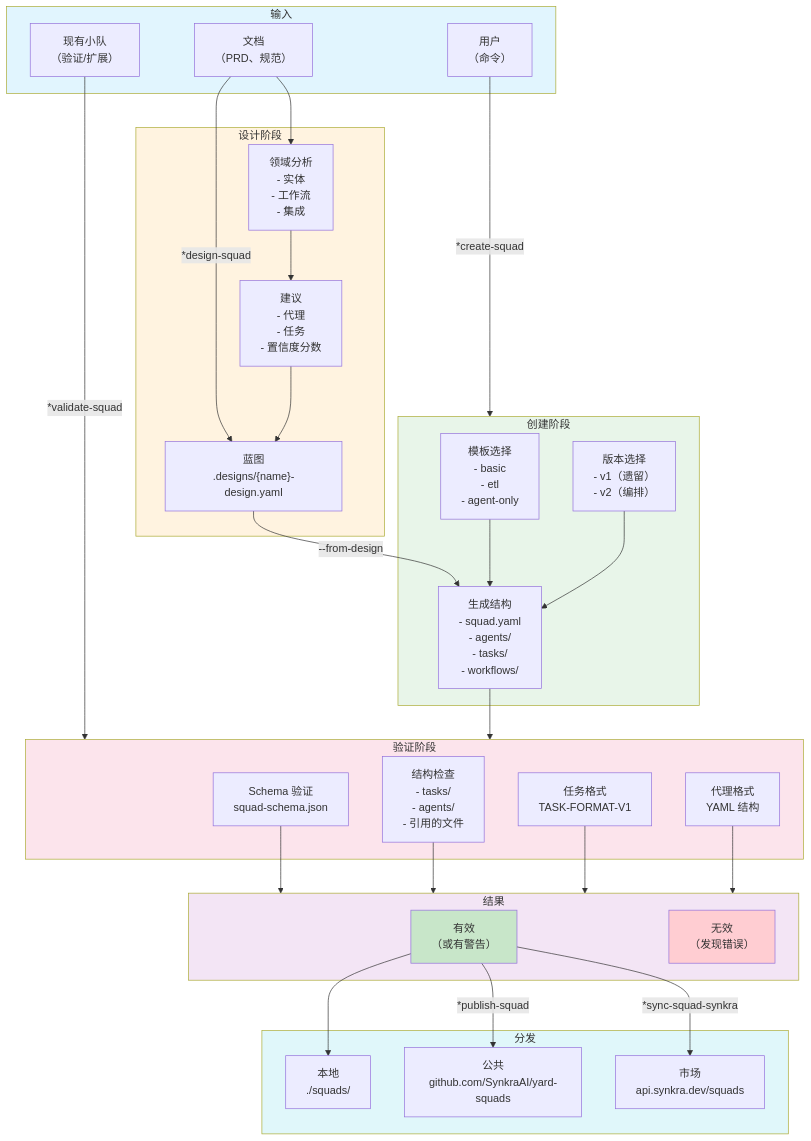
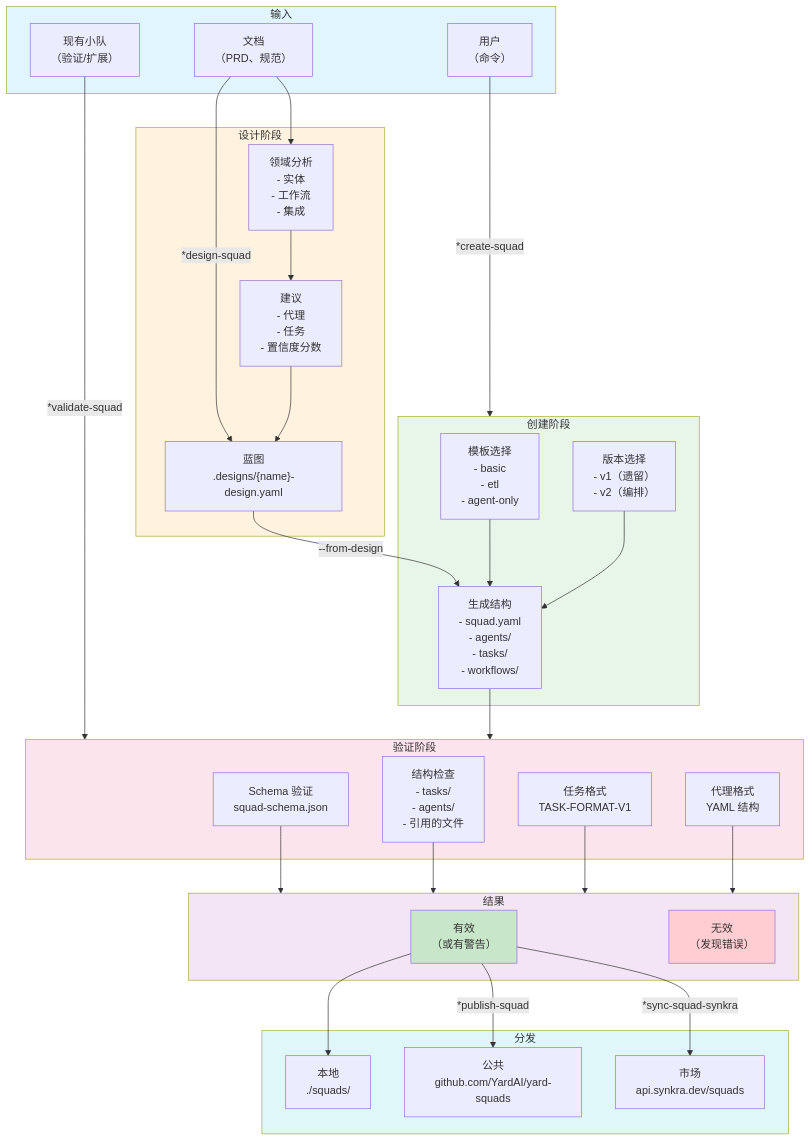
One commit to ernesto-langa/yard-core changed the first of 6 diagrams in docs/zh/aiox-agent-flows/squad-creator-system.md. Above: the diagram before and after it, drawn with Mermaid. The commit also changed other lines of this file and 308 other files, not shown here.

````diff
--- a/docs/zh/aiox-agent-flows/squad-creator-system.md
+++ b/docs/zh/aiox-agent-flows/squad-creator-system.md
@@ -113,69 +113,69 @@
 ```mermaid
 flowchart TB
     subgraph INPUTS["输入"]
         DOCS["文档<br/>（PRD、规范）"]
         USER["用户<br/>（命令）"]
         EXISTING["现有小队<br/>（验证/扩展）"]
     end
 
     DOCS -->|"*design-squad"| BLUEPRINT
     USER -->|"*create-squad"| CREATE
     EXISTING -->|"*validate-squad"| VALIDATE
 
     subgraph DESIGN["设计阶段"]
         BLUEPRINT["蓝图<br/>.designs/{name}-design.yaml"]
         ANALYSIS["领域分析<br/>- 实体<br/>- 工作流<br/>- 集成"]
         RECOMMEND["建议<br/>- 代理<br/>- 任务<br/>- 置信度分数"]
     end
 
     DOCS --> ANALYSIS
     ANALYSIS --> RECOMMEND
     RECOMMEND --> BLUEPRINT
 
     subgraph CREATE["创建阶段"]
         TEMPLATE["模板选择<br/>- basic<br/>- etl<br/>- agent-only"]
         VERSION["版本选择<br/>- v1（遗留）<br/>- v2（编排）"]
         GENERATE["生成结构<br/>- squad.yaml<br/>- agents/<br/>- tasks/<br/>- workflows/"]
     end
 
     BLUEPRINT -->|"--from-design"| GENERATE
     TEMPLATE --> GENERATE
     VERSION --> GENERATE
 
     subgraph VALIDATE["验证阶段"]
         SCHEMA["Schema 验证<br/>squad-schema.json"]
         STRUCTURE["结构检查<br/>- tasks/<br/>- agents/<br/>- 引用的文件"]
         TASK_FMT["任务格式<br/>TASK-FORMAT-V1"]
         AGENT_FMT["代理格式<br/>YAML 结构"]
     end
 
     GENERATE --> VALIDATE
     SCHEMA --> RESULT
     STRUCTURE --> RESULT
     TASK_FMT --> RESULT
     AGENT_FMT --> RESULT
 
     subgraph RESULT["结果"]
         VALID["有效<br/>（或有警告）"]
         INVALID["无效<br/>（发现错误）"]
     end
 
     subgraph DISTRIBUTE["分发"]
         LOCAL["本地<br/>./squads/"]
-        PUBLIC["公共<br/>github.com/SynkraAI/yard-squads"]
+        PUBLIC["公共<br/>github.com/YardAI/yard-squads"]
         MARKET["市场<br/>api.synkra.dev/squads"]
     end
 
     VALID --> LOCAL
     VALID -->|"*publish-squad"| PUBLIC
     VALID -->|"*sync-squad-synkra"| MARKET
 
     style INPUTS fill:#e1f5fe
     style DESIGN fill:#fff3e0
     style CREATE fill:#e8f5e9
     style VALIDATE fill:#fce4ec
     style RESULT fill:#f3e5f5
     style DISTRIBUTE fill:#e0f7fa
     style VALID fill:#c8e6c9
     style INVALID fill:#ffcdd2
 ```
````
